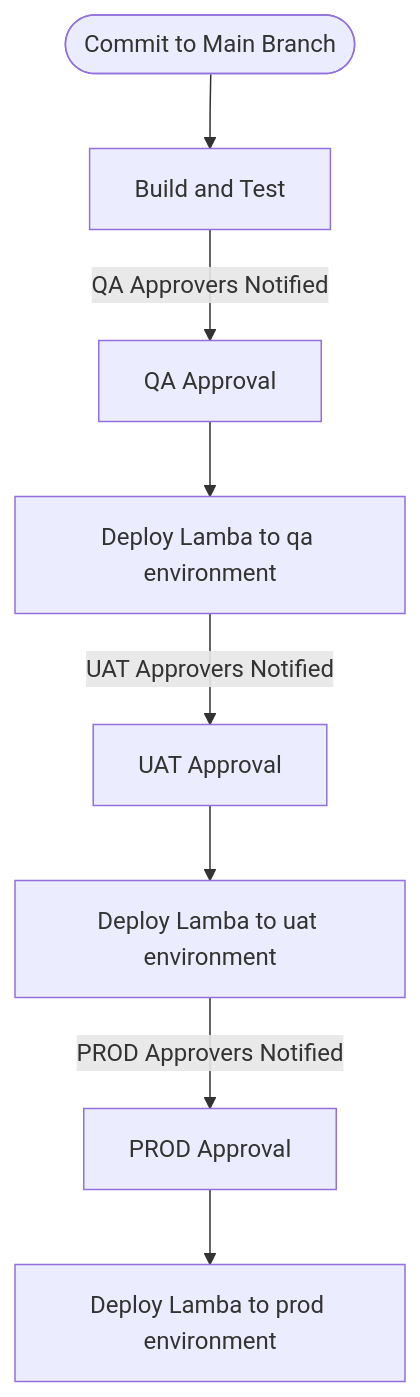
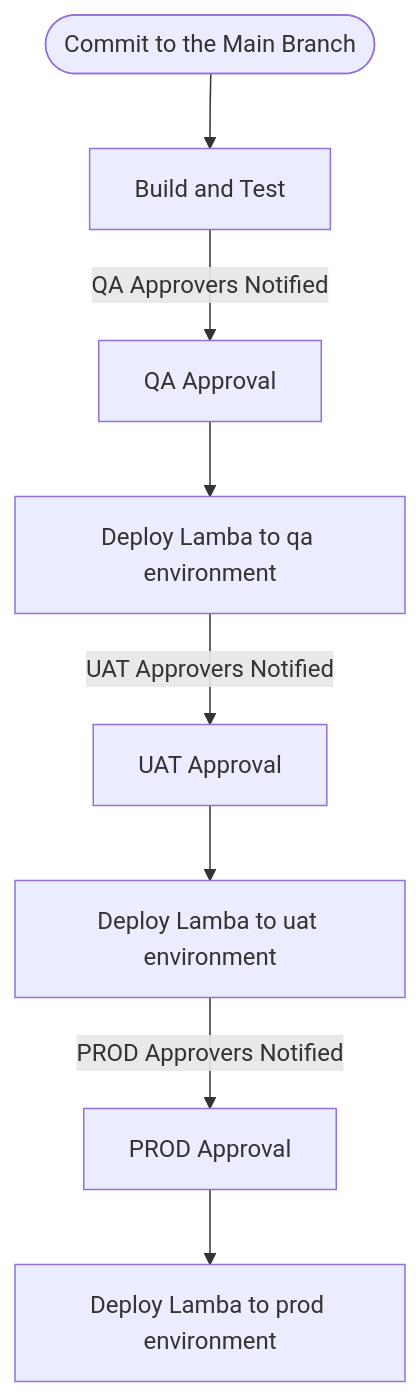
One commit to bogeorge/githubworkflow changed the third of 3 diagrams in .github/workflows/README.md. Above: the diagram before and after it, drawn with Mermaid. The commit also changed other lines of this file, not shown here.

````diff
--- a/.github/workflows/README.md
+++ b/.github/workflows/README.md
@@ -59,11 +59,11 @@
 ```mermaid
 graph TD;
-    id1([Commit to Main Branch])
+    id1([Commit to the Main Branch])
     -->id2[Build and Test]--QA Approvers Notified
     -->id3[QA Approval]
     -->id4[Deploy Lamba to qa environment]--UAT Approvers Notified
     -->id5[UAT Approval]
     -->id6[Deploy Lamba to uat environment]--PROD Approvers Notified
     -->id7[PROD Approval]
     -->id8[Deploy Lamba to prod environment]
 ```    
````
